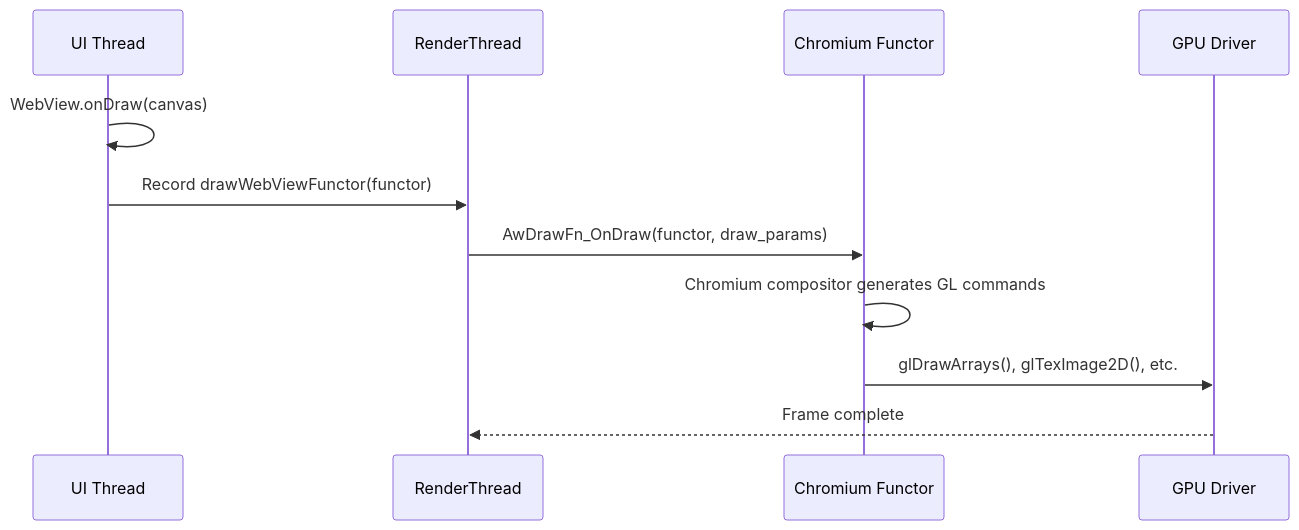
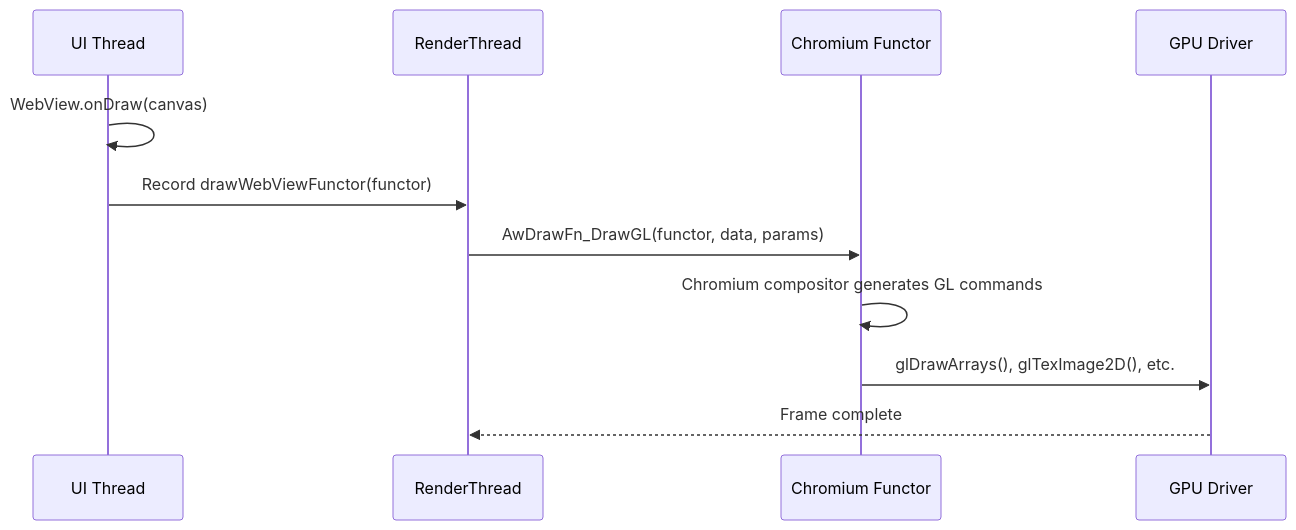
Diagram 12 of 18 in agents/claude/skills/aosp-ui-framework/45-webview.md (aospbooks/aosp-internal-book), drawn with Mermaid before and after one commit. The commit also changed other lines of this file and 218 other files, not shown here.

````diff
--- a/agents/claude/skills/aosp-ui-framework/45-webview.md
+++ b/agents/claude/skills/aosp-ui-framework/45-webview.md
@@ -1541,15 +1546,15 @@
 ```mermaid
 sequenceDiagram
     participant UI as UI Thread
     participant RT as RenderThread
     participant CF as Chromium Functor
     participant GPU as GPU Driver
 
     UI->>UI: WebView.onDraw(canvas)
     UI->>RT: Record drawWebViewFunctor(functor)
 
-    RT->>CF: AwDrawFn_OnDraw(functor, draw_params)
+    RT->>CF: AwDrawFn_DrawGL(functor, data, params)
     CF->>CF: Chromium compositor generates GL commands
     CF->>GPU: glDrawArrays(), glTexImage2D(), etc.
     GPU-->>RT: Frame complete
 ```
````
